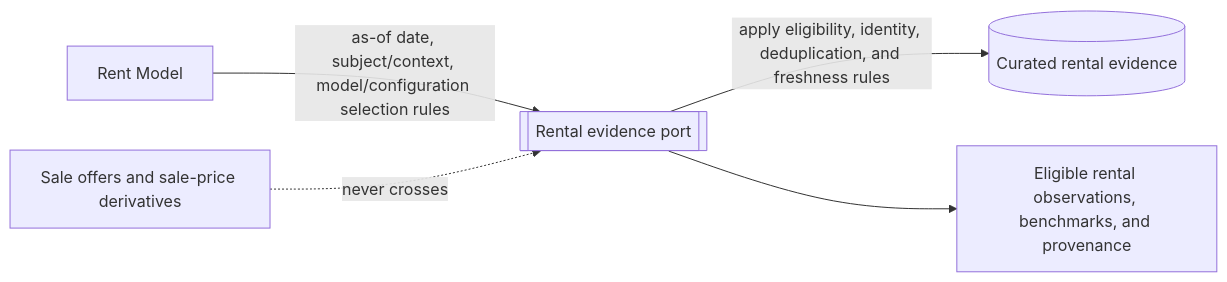
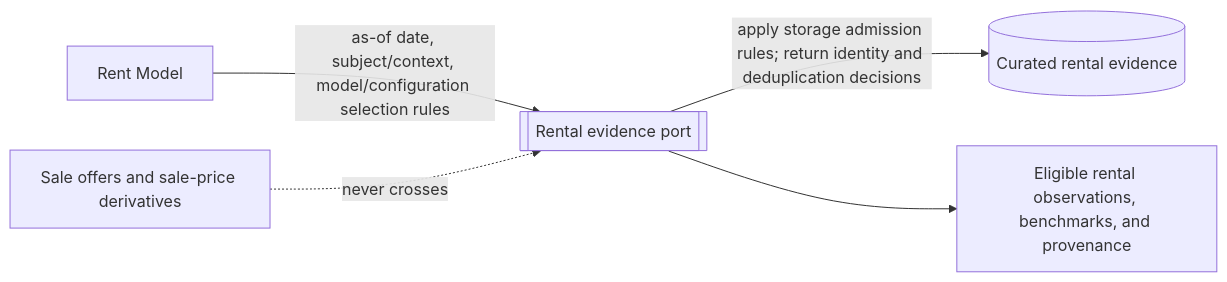
One commit to sotous/rent-yield changed the third of 4 diagrams in docs/architecture/data-storage-port-contracts.md. Above: the diagram before and after it, drawn with Mermaid. The commit also changed other lines of this file and 2 other files, not shown here.

Commit message:
docs(storage): review model traceability

````diff
--- a/docs/architecture/data-storage-port-contracts.md
+++ b/docs/architecture/data-storage-port-contracts.md
@@ -90,13 +92,13 @@
 ```mermaid
 flowchart LR
   model[Rent Model]
   port[[Rental evidence port]]
   evidence[(Curated rental evidence)]
   result[Eligible rental observations, benchmarks, and provenance]
   blocked[Sale offers and sale-price derivatives]
 
   model -->|as-of date, subject/context, model/configuration selection rules| port
-  port -->|apply eligibility, identity, deduplication, and freshness rules| evidence
+  port -->|apply storage admission rules; return identity and deduplication decisions| evidence
   port --> result
   blocked -. never crosses .-> port
 ```
````
